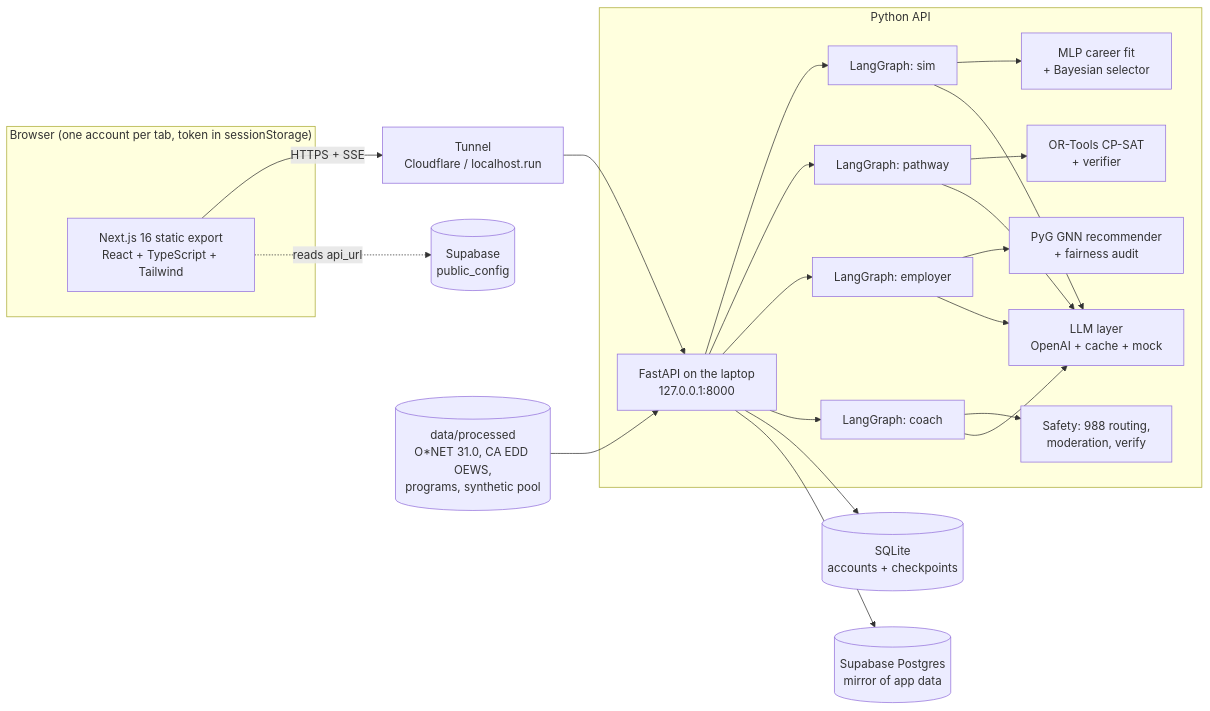
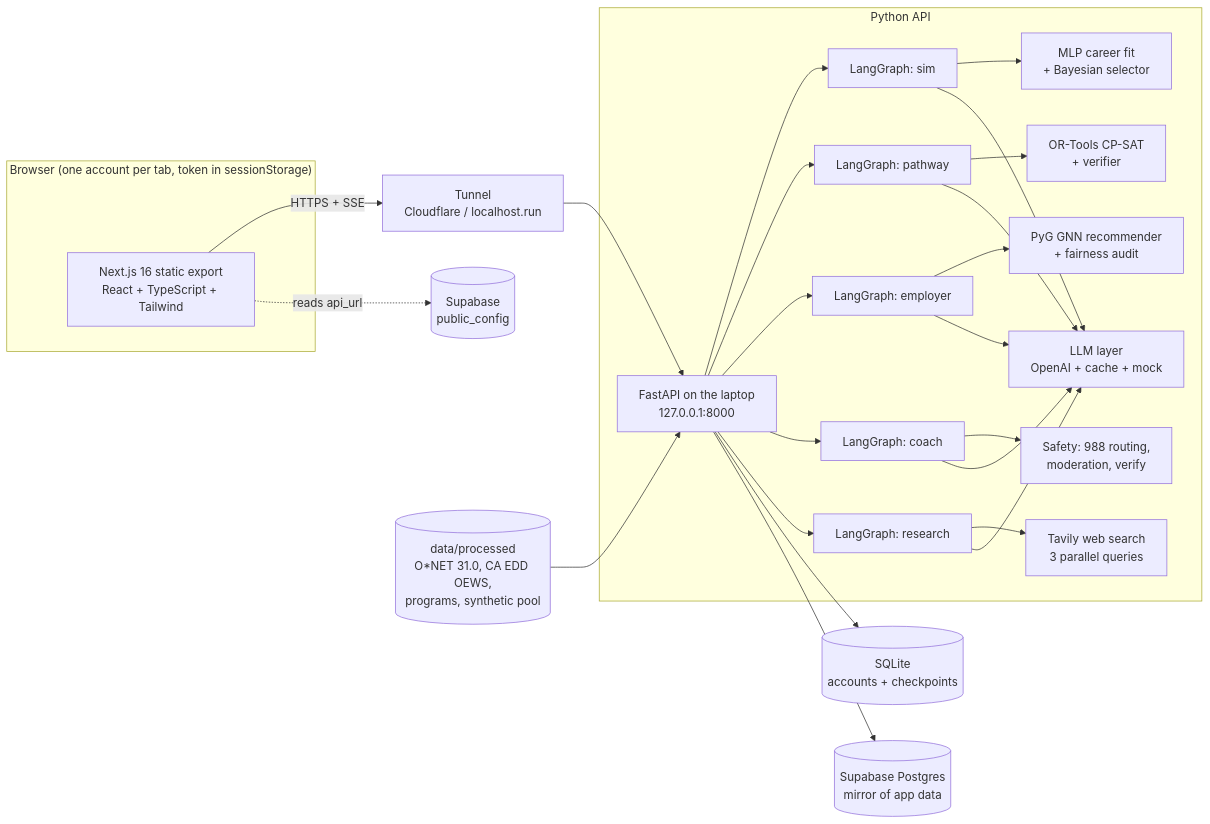
One commit to aaaravM/Foothold changed the diagram in README.md. Above: the diagram before and after it, drawn with Mermaid. The commit also changed other lines of this file and 32 other files, not shown here.

````diff
--- a/README.md
+++ b/README.md
@@ -18,23 +23,25 @@
 ```mermaid
 flowchart LR
   subgraph Browser["Browser (one account per tab, token in sessionStorage)"]
     W[Next.js 16 static export<br/>React + TypeScript + Tailwind]
   end
   W -- "HTTPS + SSE" --> T[Tunnel<br/>Cloudflare / localhost.run]
   W -. "reads api_url" .-> PC[(Supabase<br/>public_config)]
   T --> A[FastAPI on the laptop<br/>127.0.0.1:8000]
   subgraph API["Python API"]
     A --> G1[LangGraph: sim]
     A --> G2[LangGraph: pathway]
     A --> G3[LangGraph: employer]
     A --> G4[LangGraph: coach]
+    A --> G5[LangGraph: research]
+    G5 --> TV[Tavily web search<br/>3 parallel queries]
     G1 --> M1[MLP career fit<br/>+ Bayesian selector]
     G2 --> M2[OR-Tools CP-SAT<br/>+ verifier]
     G3 --> M3[PyG GNN recommender<br/>+ fairness audit]
     G4 --> S[Safety: 988 routing,<br/>moderation, verify]
-    G1 & G2 & G3 & G4 --> L[LLM layer<br/>OpenAI + cache + mock]
+    G1 & G2 & G3 & G4 & G5 --> L[LLM layer<br/>OpenAI + cache + mock]
   end
   A --> CK[(SQLite<br/>accounts + checkpoints)]
   A --> SB[(Supabase Postgres<br/>mirror of app data)]
   D[(data/processed<br/>O*NET 31.0, CA EDD OEWS,<br/>programs, synthetic pool)] --> A
 ```
````
